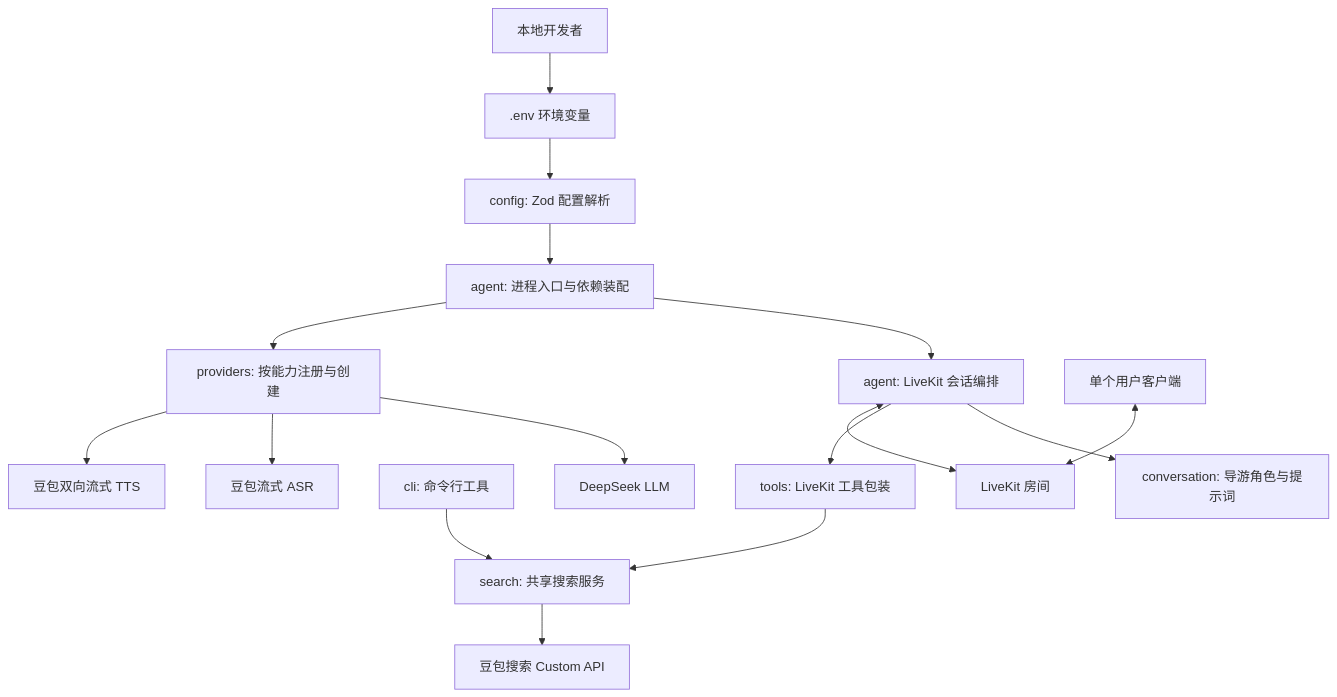
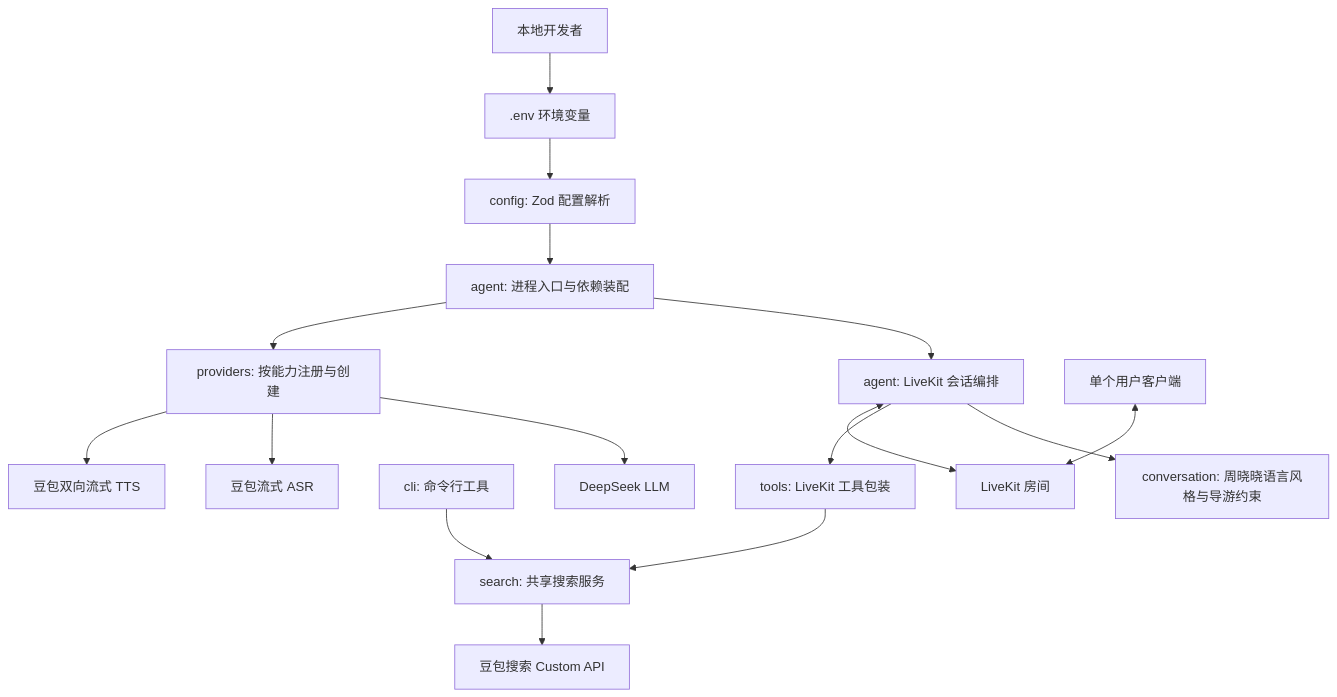
The first of 5 diagrams in docs/architecture/overview.md (QAyong/msfs-ai-voice-guide), drawn with Mermaid before and after one commit. The commit also changed other lines of this file and 30 other files, not shown here.

````diff
--- a/docs/architecture/overview.md
+++ b/docs/architecture/overview.md
@@ -17,18 +17,18 @@
 ```mermaid
 graph TD
     Dev[本地开发者] --> Env[.env 环境变量]
     Env --> Config[config: Zod 配置解析]
     Config --> Bootstrap[agent: 进程入口与依赖装配]
     Bootstrap --> Session[agent: LiveKit 会话编排]
     Bootstrap --> Providers[providers: 按能力注册与创建]
-    Session --> Guide[conversation: 导游角色与提示词]
+    Session --> Guide[conversation: 周晓晓语言风格与导游约束]
     Session --> Tools[tools: LiveKit 工具包装]
     Tools --> Search[search: 共享搜索服务]
     CLI[cli: 命令行工具] --> Search
     Search --> WebSearch[豆包搜索 Custom API]
     Providers --> LLM[DeepSeek LLM]
     Providers --> STT[豆包流式 ASR]
     Providers --> TTS[豆包双向流式 TTS]
     Session <--> Room[LiveKit 房间]
     User[单个用户客户端] <--> Room
 ```
````
